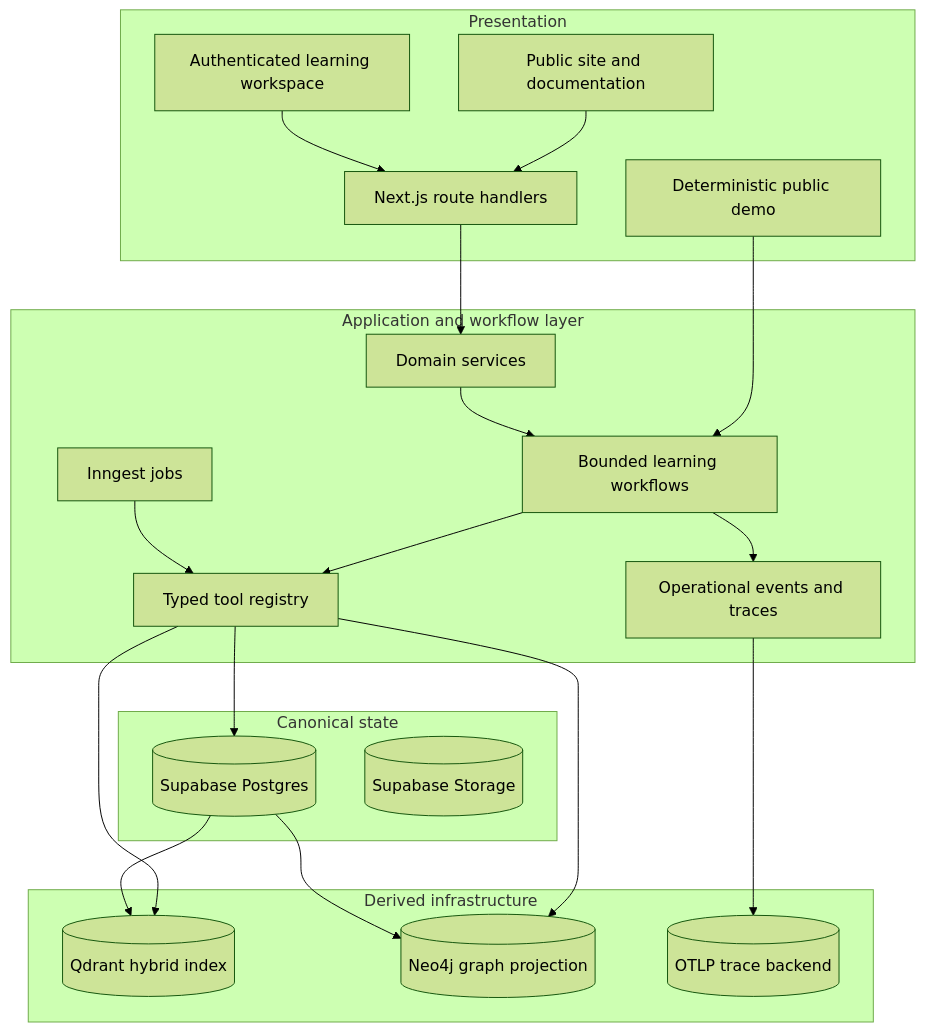
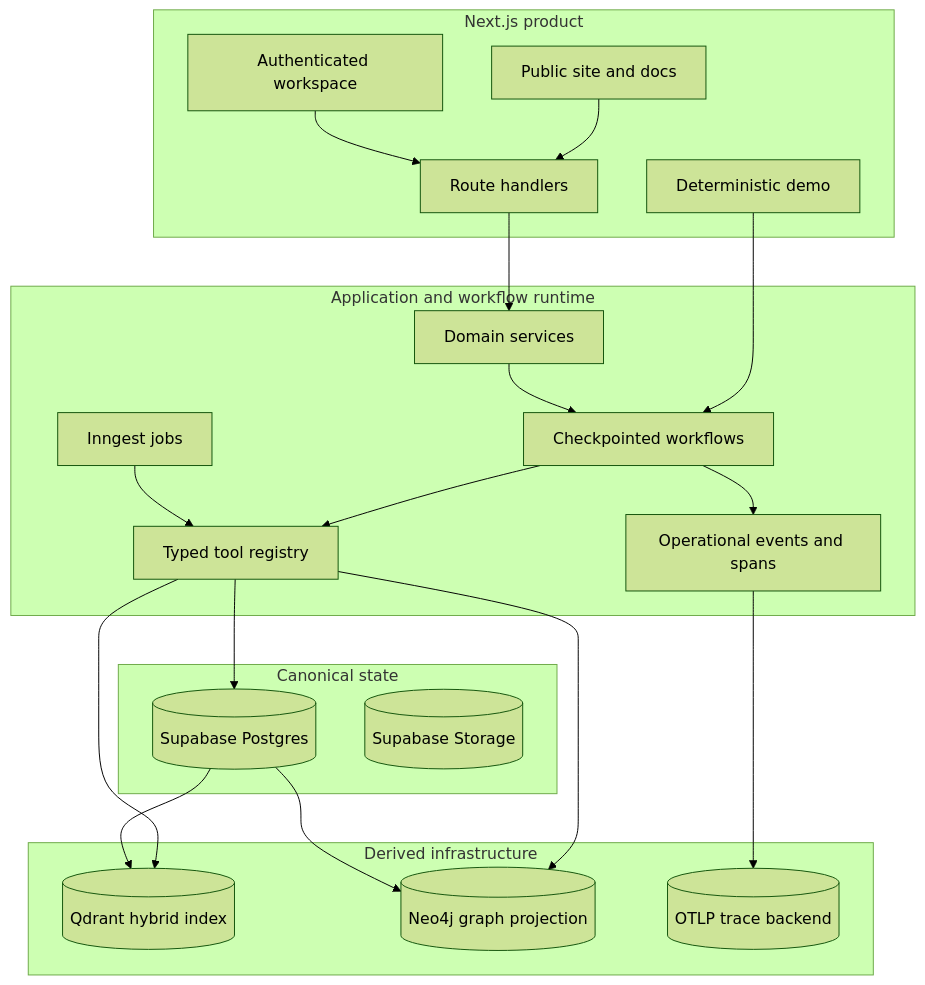
One commit to Dhruvg334/Tessarion changed the second of 4 diagrams in README.md. Above: the diagram before and after it, drawn with Mermaid (forest theme). The commit also changed other lines of this file and 21 other files, not shown here.

Commit message:
Refine product experience documentation and public demo

````diff
--- a/README.md
+++ b/README.md
@@ -100,43 +87,43 @@
 ```mermaid
 flowchart TB
-    subgraph Presentation[Presentation]
-      Public[Public site and documentation]
-      Demo[Deterministic public demo]
-      Workspace[Authenticated learning workspace]
-      Routes[Next.js route handlers]
+    subgraph Product[Next.js product]
+      Public[Public site and docs]
+      Demo[Deterministic demo]
+      Workspace[Authenticated workspace]
+      API[Route handlers]
     end
 
-    subgraph Application[Application and workflow layer]
+    subgraph Runtime[Application and workflow runtime]
       Services[Domain services]
-      Workflows[Bounded learning workflows]
+      Workflows[Checkpointed workflows]
       Tools[Typed tool registry]
       Jobs[Inngest jobs]
-      Traces[Operational events and traces]
+      Traces[Operational events and spans]
     end
 
     subgraph Canonical[Canonical state]
       Postgres[(Supabase Postgres)]
       Storage[(Supabase Storage)]
     end
 
     subgraph Derived[Derived infrastructure]
       Qdrant[(Qdrant hybrid index)]
       Neo4j[(Neo4j graph projection)]
       Phoenix[(OTLP trace backend)]
     end
 
-    Public --> Routes
+    Public --> API
     Demo --> Workflows
-    Workspace --> Routes
-    Routes --> Services
+    Workspace --> API
+    API --> Services
     Services --> Workflows
     Workflows --> Tools
     Workflows --> Traces
     Jobs --> Tools
     Tools --> Postgres
     Tools --> Qdrant
     Tools --> Neo4j
     Postgres --> Qdrant
     Postgres --> Neo4j
     Traces --> Phoenix
 ```
````
